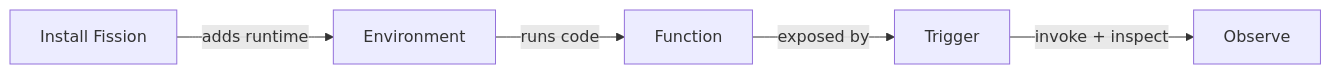
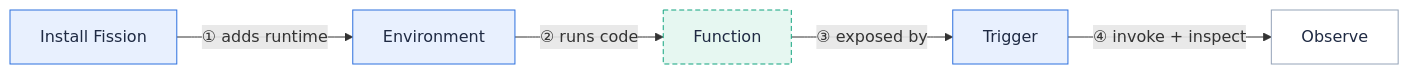
One commit to fission/fission.io changed the diagram in content/en/docs/getting-started/_index.md. Above: the diagram before and after it, drawn with Mermaid. The commit also changed 30 other files, not shown here.

First line of the commit message:
Address PR feedback: zoomable diagrams, multi-color kit, centering, preview links

````diff
--- a/content/en/docs/getting-started/_index.md
+++ b/content/en/docs/getting-started/_index.md
@@ -186,7 +186,10 @@
 ```mermaid
 flowchart LR
-  install["Install Fission"] -->|"adds runtime"| env["Environment"]
-  env -->|"runs code"| fn["Function"]
-  fn -->|"exposed by"| trigger["Trigger"]
-  trigger -->|"invoke + inspect"| observe["Observe"]
+  install["Install Fission"]:::fission -->|"① adds runtime"| env["Environment"]:::fission
+  env -->|"② runs code"| fn["Function"]:::pod
+  fn -->|"③ exposed by"| trigger["Trigger"]:::fission
+  trigger -->|"④ invoke + inspect"| observe["Observe"]:::user
+  classDef user fill:#ffffff,stroke:#94a3b8,color:#1f2a43
+  classDef fission fill:#e8f0fe,stroke:#2d70de,color:#1f2a43
+  classDef pod fill:#e6f7f1,stroke:#11a37f,color:#1f2a43,stroke-dasharray:5 3
 ```
````
